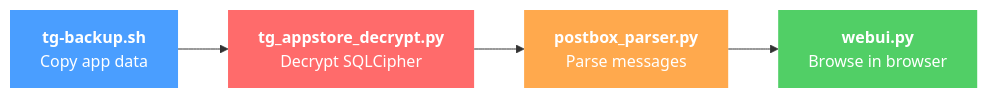
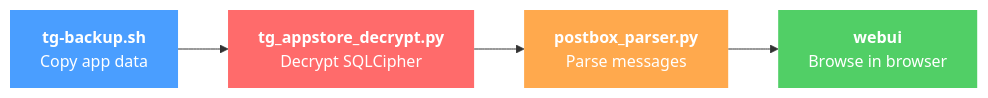
Before and after one commit to kolezka/telegram-data-viewer: the first of 4 diagrams in README.md, drawn with Mermaid. The commit also changed other lines of this file and 6 other files, not shown here.

````diff
--- a/README.md
+++ b/README.md
@@ -9,11 +9,11 @@
 ```mermaid
 flowchart LR
     A["<b>tg-backup.sh</b><br/>Copy app data"] --> B["<b>tg_appstore_decrypt.py</b><br/>Decrypt SQLCipher"]
     B --> C["<b>postbox_parser.py</b><br/>Parse messages"]
-    C --> D["<b>webui.py</b><br/>Browse in browser"]
+    C --> D["<b>webui</b><br/>Browse in browser"]
 
     style A fill:#4a9eff,color:#fff,stroke:none
     style B fill:#ff6b6b,color:#fff,stroke:none
     style C fill:#ffa94d,color:#fff,stroke:none
     style D fill:#51cf66,color:#fff,stroke:none
 ```
````
